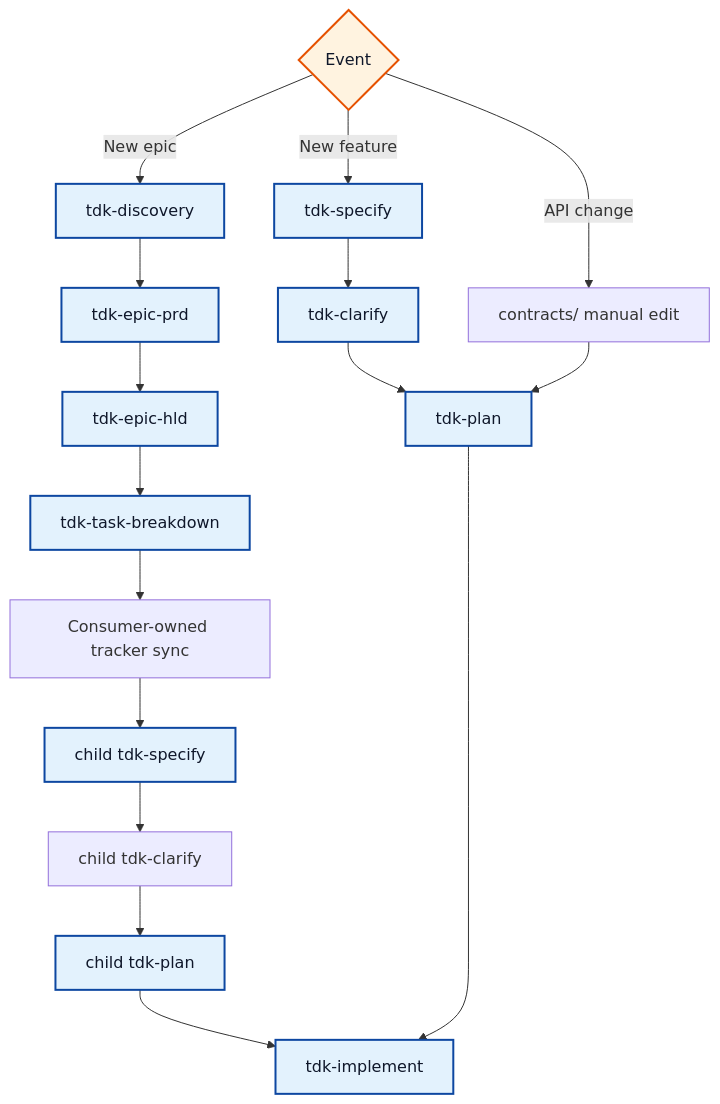
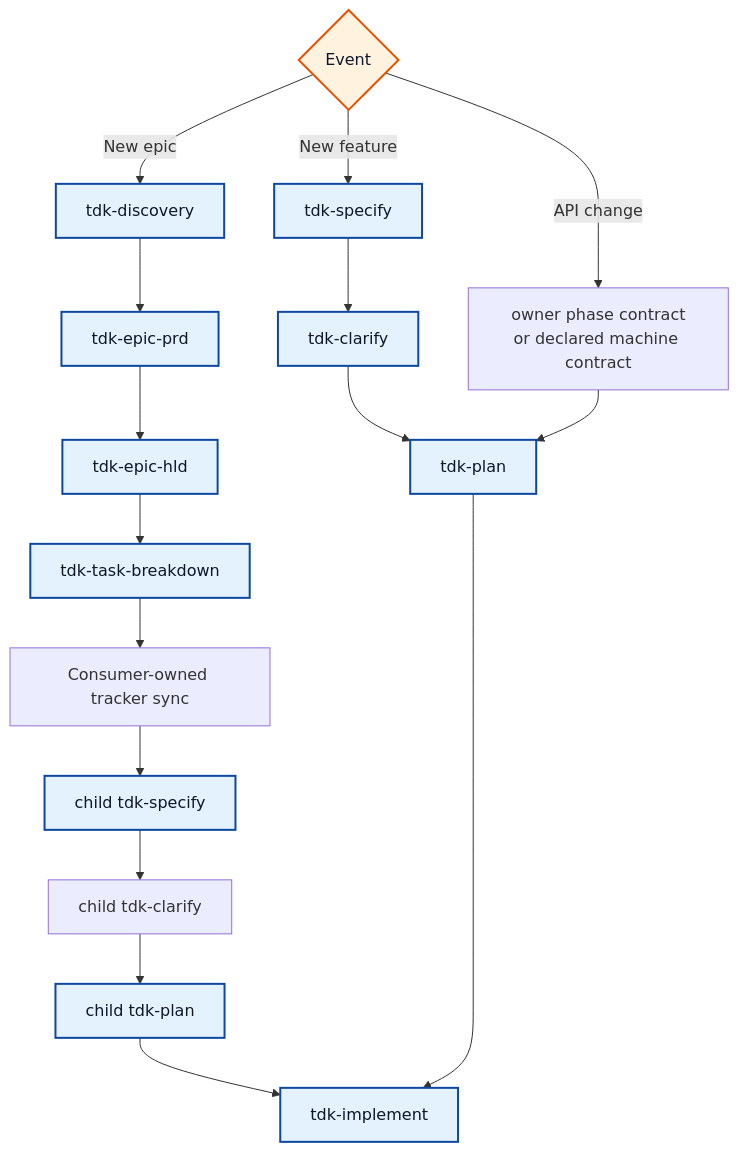
The eighth of 8 diagrams in .specify/docs/en/guides/workflow-map.md (vinhltt/tdk), drawn with Mermaid before and after one commit. The commit also changed other lines of this file and 180 other files, not shown here.

````diff
--- a/.specify/docs/en/guides/workflow-map.md
+++ b/.specify/docs/en/guides/workflow-map.md
@@ -384,27 +384,27 @@
 ```mermaid
 flowchart TD
     START{Event}
 
     START -->|New epic| DISCOVERY[tdk-discovery]
     START -->|New feature| SPECIFY[tdk-specify]
-    START -->|API change| UPDATE_CONTRACT[contracts/ manual edit]
+    START -->|API change| UPDATE_CONTRACT[owner phase contract<br/>or declared machine contract]
 
     DISCOVERY --> EPIC_PRD[tdk-epic-prd]
     EPIC_PRD --> HLD_CMD[tdk-epic-hld]
     HLD_CMD --> BREAKDOWN[tdk-task-breakdown]
     BREAKDOWN --> TRACKER[Consumer-owned tracker sync]
     TRACKER --> CHILD_SPEC[child tdk-specify]
     SPECIFY --> CLARIFY[tdk-clarify]
     CHILD_SPEC --> CHILD_CLARIFY[child tdk-clarify]
     CHILD_CLARIFY --> CHILD_PLAN[child tdk-plan]
     CLARIFY --> PLAN[tdk-plan]
     CHILD_PLAN --> IMPLEMENT[tdk-implement]
     PLAN --> IMPLEMENT
 
     UPDATE_CONTRACT --> PLAN
 
     classDef event fill:#fff3e0,stroke:#e65100,stroke-width:2px,color:#0f172a
     classDef command fill:#e3f2fd,stroke:#0d47a1,stroke-width:2px,color:#0f172a
     class START event
     class DISCOVERY,EPIC_PRD,SPECIFY,CLARIFY,HLD_CMD,BREAKDOWN,CHILD_SPEC,CHILD_PLAN,PLAN,IMPLEMENT command
 ```
````
